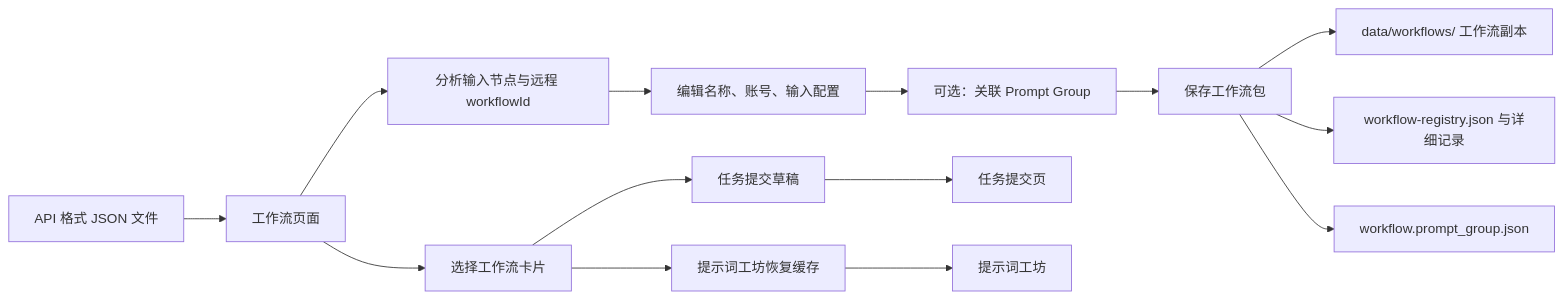
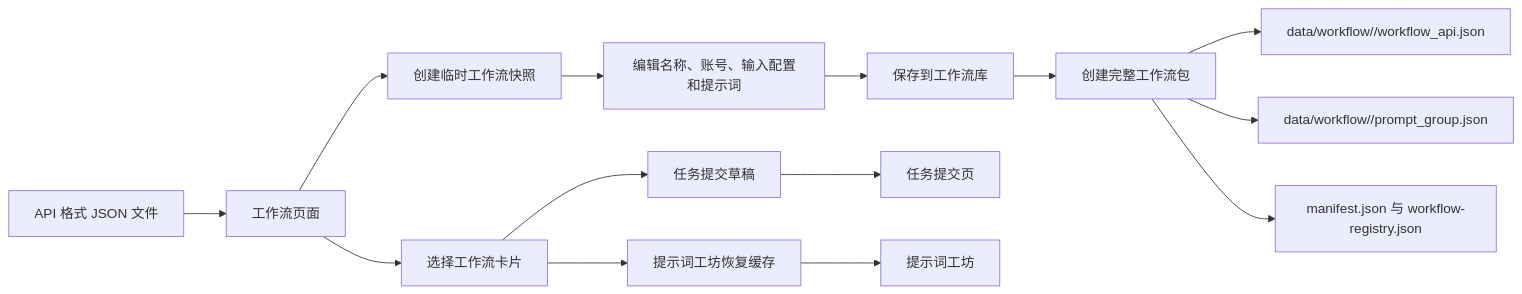
The eighth of 14 diagrams in web/README.md (LLsetnow/RH_CLI), drawn with Mermaid before and after one commit. The commit also changed other lines of this file and 40 other files, not shown here.

````diff
--- a/web/README.md
+++ b/web/README.md
@@ -276,17 +342,17 @@
 ```mermaid
 flowchart LR
     F["API 格式 JSON 文件"] --> W["工作流页面"]
-    W --> A["分析输入节点与远程 workflowId"]
-    A --> B["编辑名称、账号、输入配置"]
-    B --> C["可选：关联 Prompt Group"]
-    C --> L["保存工作流包"]
-    L --> WJ["data/workflows/ 工作流副本"]
-    L --> RJ["workflow-registry.json 与详细记录"]
-    L --> PJ["workflow.prompt_group.json"]
+    W --> A["创建临时工作流快照"]
+    A --> B["编辑名称、账号、输入配置和提示词"]
+    B --> C["保存到工作流库"]
+    C --> L["创建完整工作流包"]
+    L --> WJ["data/workflow/<workflow_id>/workflow_api.json"]
+    L --> PG["data/workflow/<workflow_id>/prompt_group.json"]
+    L --> RJ["manifest.json 与 workflow-registry.json"]
 
     W --> E["选择工作流卡片"]
     E --> D["任务提交草稿"]
     E --> P["提示词工坊恢复缓存"]
     D --> T["任务提交页"]
     P --> PW["提示词工坊"]
 ```
````
